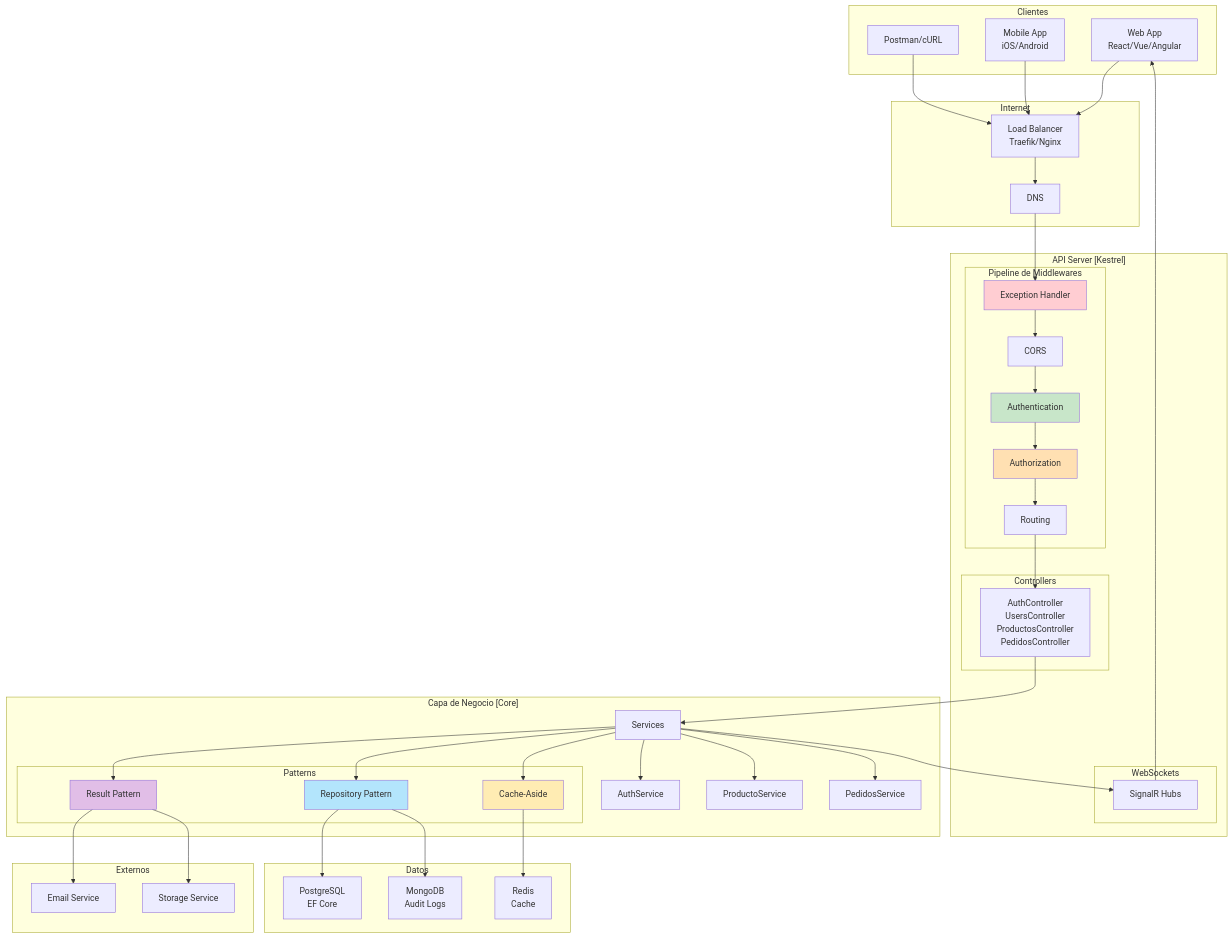
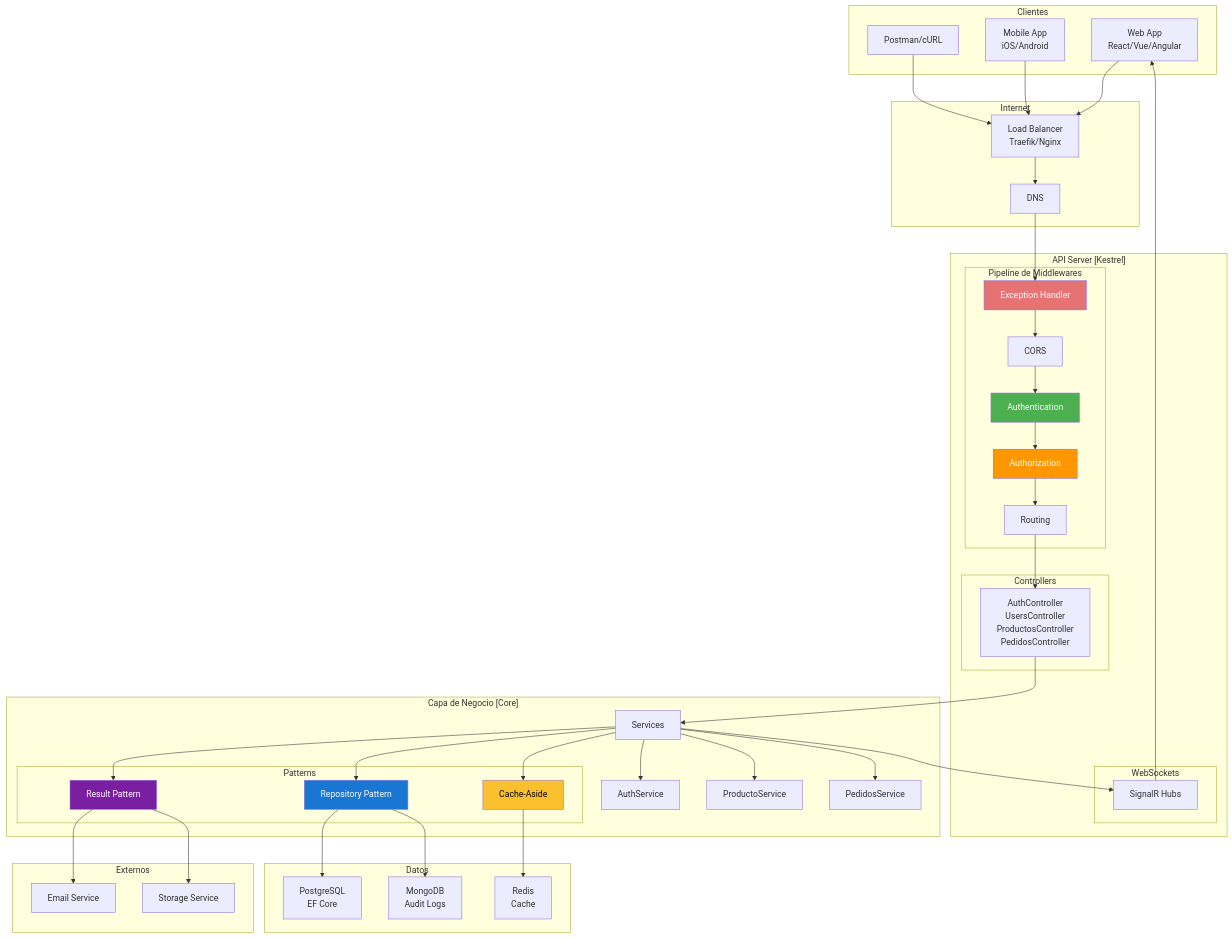
The first of 8 diagrams in doc/02-arquitectura-pipeline-http.md (joseluisgs/TiendaDawApi-NetCore), drawn with Mermaid before and after one commit. The commit also changed other lines of this file and 6 other files, not shown here.

Commit message:
docs: Corregir colores de diagramas Mermaid y comentarios en Program.cs

````diff
--- a/doc/02-arquitectura-pipeline-http.md
+++ b/doc/02-arquitectura-pipeline-http.md
@@ -105,10 +105,10 @@
     SVC --> WS
     WS --> C1
     
-    style M1 fill:#FFCDD2
-    style M3 fill:#C8E6C9
-    style M4 fill:#FFE0B2
-    style P1 fill:#E1BEE7
-    style P2 fill:#B3E5FC
-    style P3 fill:#FFECB3
+    style M1 fill:#E57373,color:#ffffff
+    style M3 fill:#4CAF50,color:#ffffff
+    style M4 fill:#FF9800,color:#ffffff
+    style P1 fill:#7B1FA2,color:#ffffff
+    style P2 fill:#1976D2,color:#ffffff
+    style P3 fill:#FBC02D,color:#000000
 ```
````
